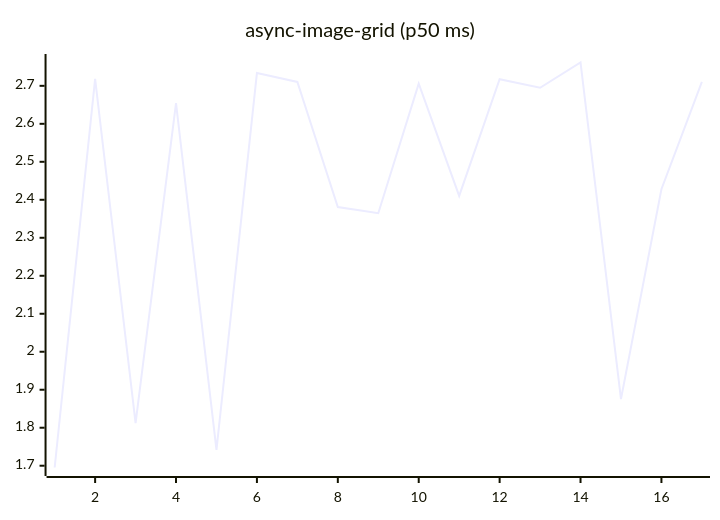
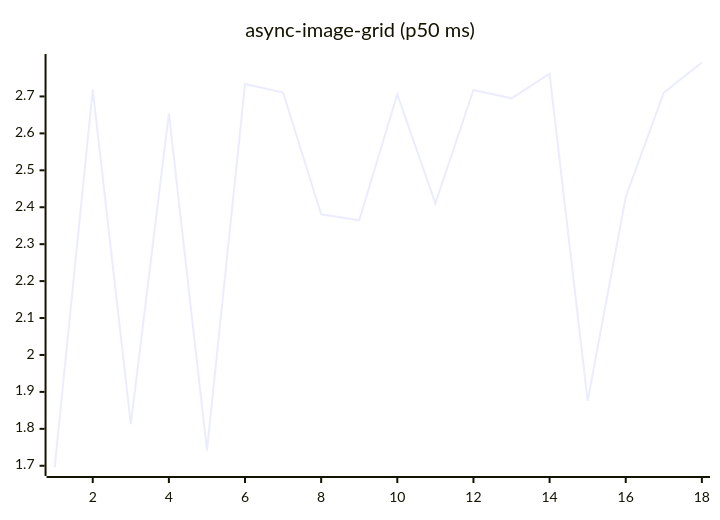
The fifth of 27 diagrams in README.md (josha/Facet), drawn with Mermaid before and after one commit. The commit also changed other lines of this file and 2 other files, not shown here.

````diff
--- a/README.md
+++ b/README.md
@@ -91,6 +91,6 @@
 ```mermaid
 xychart-beta
     title "async-image-grid (p50 ms)"
-    x-axis 1 --> 17
-    line [1.6953, 2.7184, 1.8124, 2.6543, 1.7415, 2.7336, 2.7103, 2.3810, 2.3646, 2.7059, 2.4103, 2.7175, 2.6949, 2.7614, 1.8756, 2.4277, 2.7103]
+    x-axis 1 --> 18
+    line [1.6953, 2.7184, 1.8124, 2.6543, 1.7415, 2.7336, 2.7103, 2.3810, 2.3646, 2.7059, 2.4103, 2.7175, 2.6949, 2.7614, 1.8756, 2.4277, 2.7103, 2.7919]
 ```
````
